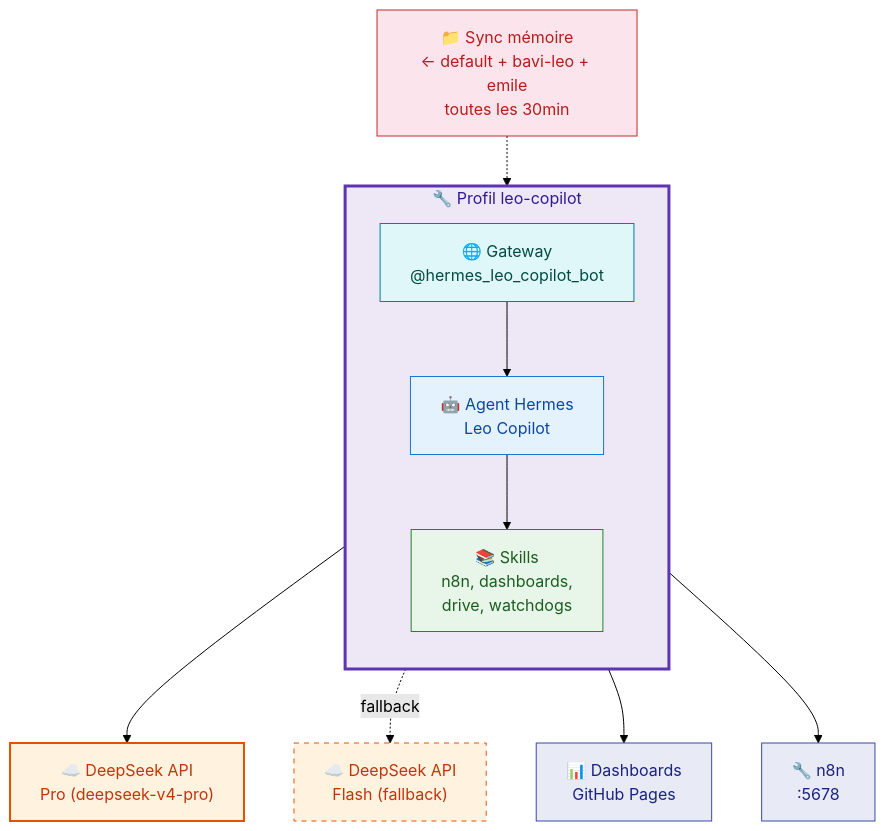
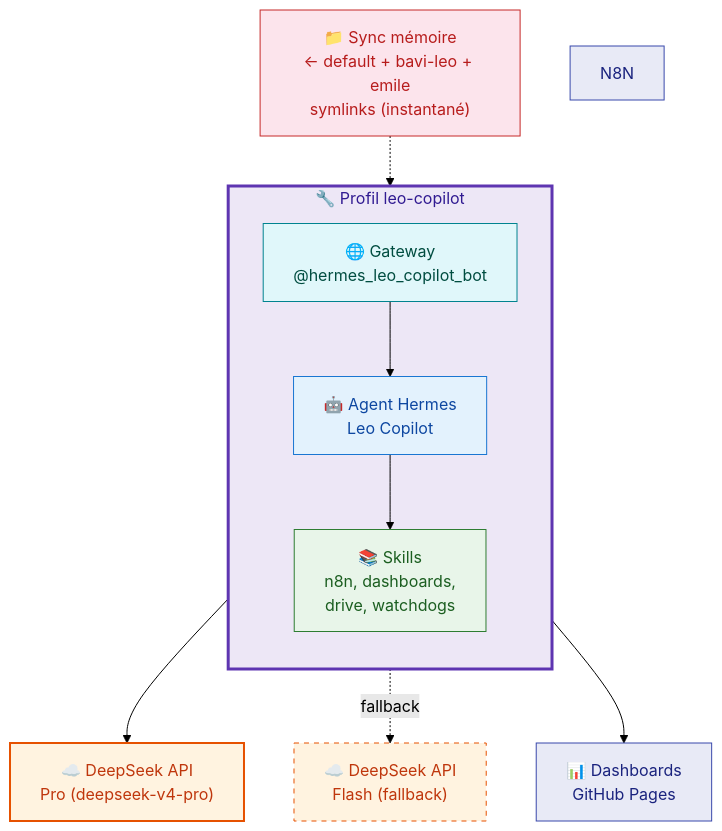
Before and after one commit to christophedanhier-hash/hermes-wiki: the third of 3 diagrams in docs/hermes/utilisation/bots-telegram.md, drawn with Mermaid (forest theme). The commit also changed 19 other files, not shown here.

Commit message:
🤖 Audit rédactionnel — 17/07/2026 23:30 (39→39 crons, 4→5 bots, sync-memory→symlinks, 29 patches)

````diff
--- a/docs/hermes/utilisation/bots-telegram.md
+++ b/docs/hermes/utilisation/bots-telegram.md
@@ -114,33 +114,31 @@
 ```mermaid
 flowchart TB
     subgraph COPILOT["🔧 Profil leo-copilot"]
         direction TB
         GW2["🌐 Gateway<br/>@hermes_leo_copilot_bot"]
         AGENT["🤖 Agent Hermes<br/>Leo Copilot"]
         SKILLS["📚 Skills<br/>n8n, dashboards,<br/>drive, watchdogs"]
     end
 
     DS_PRO["☁️ DeepSeek API<br/>Pro (deepseek-v4-pro)"]
     DS_FLASH["☁️ DeepSeek API<br/>Flash (fallback)"]
-    MEM["📁 Sync mémoire<br/>← default + bavi-leo + emile<br/>toutes les 30min"]
+    MEM["📁 Sync mémoire<br/>← default + bavi-leo + emile<br/>symlinks (instantané)"]
     DASH["📊 Dashboards<br/>GitHub Pages"]
-    N8N["🔧 n8n<br/>:5678"]
 
     GW2 --> AGENT
     AGENT --> SKILLS
     AGENT --> DS_PRO
     AGENT -.->|fallback| DS_FLASH
     MEM -.-> AGENT
     AGENT --> DASH
-    AGENT --> N8N
 
     style COPILOT fill:#ede7f6,stroke:#5e35b1,stroke-width:3px,color:#311b92
     style GW2 fill:#e0f7fa,stroke:#00838f,color:#004d40
     style AGENT fill:#e3f2fd,stroke:#1976d2,color:#0d47a1
     style SKILLS fill:#e8f5e9,stroke:#2e7d32,color:#1b5e20
     style DS_PRO fill:#fff3e0,stroke:#e65100,stroke-width:2px,color:#bf360c
     style DS_FLASH fill:#fff3e0,stroke:#e65100,stroke-dasharray:5,color:#bf360c
     style MEM fill:#fce4ec,stroke:#c62828,color:#b71c1c
     style DASH fill:#e8eaf6,stroke:#3949ab,color:#1a237e
     style N8N fill:#e8eaf6,stroke:#3949ab,color:#1a237e
 ```
````
